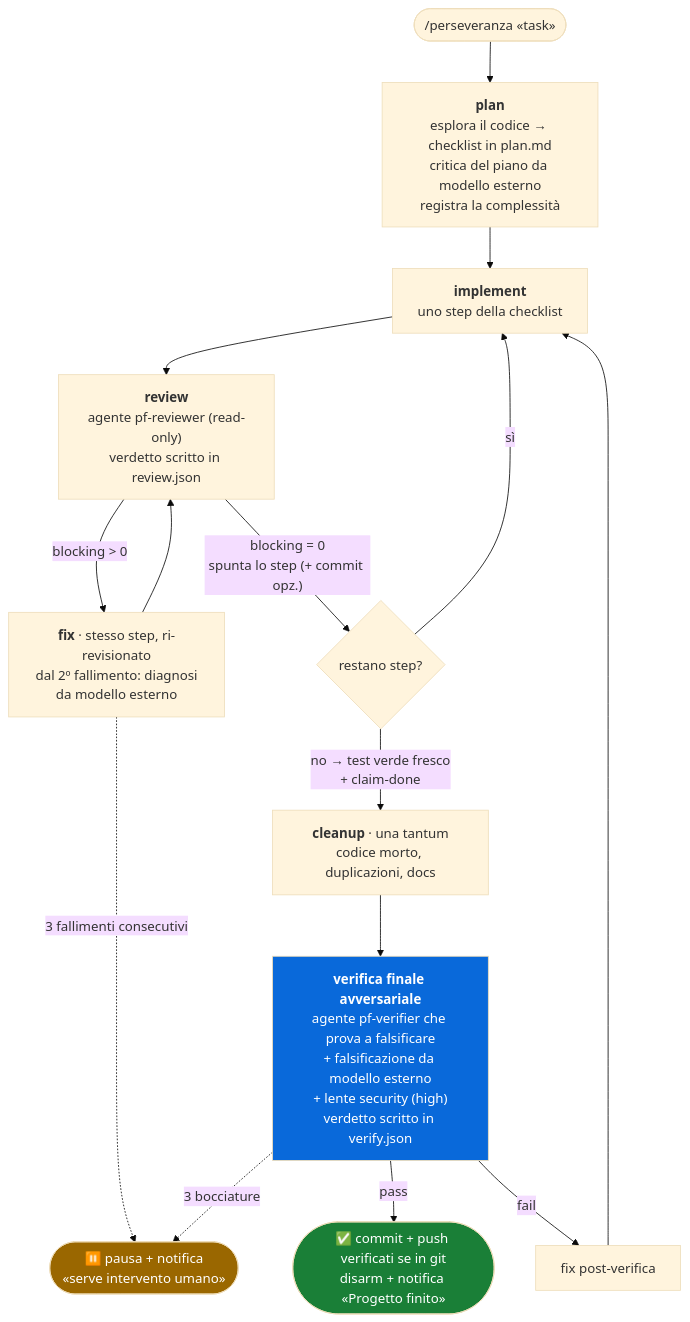
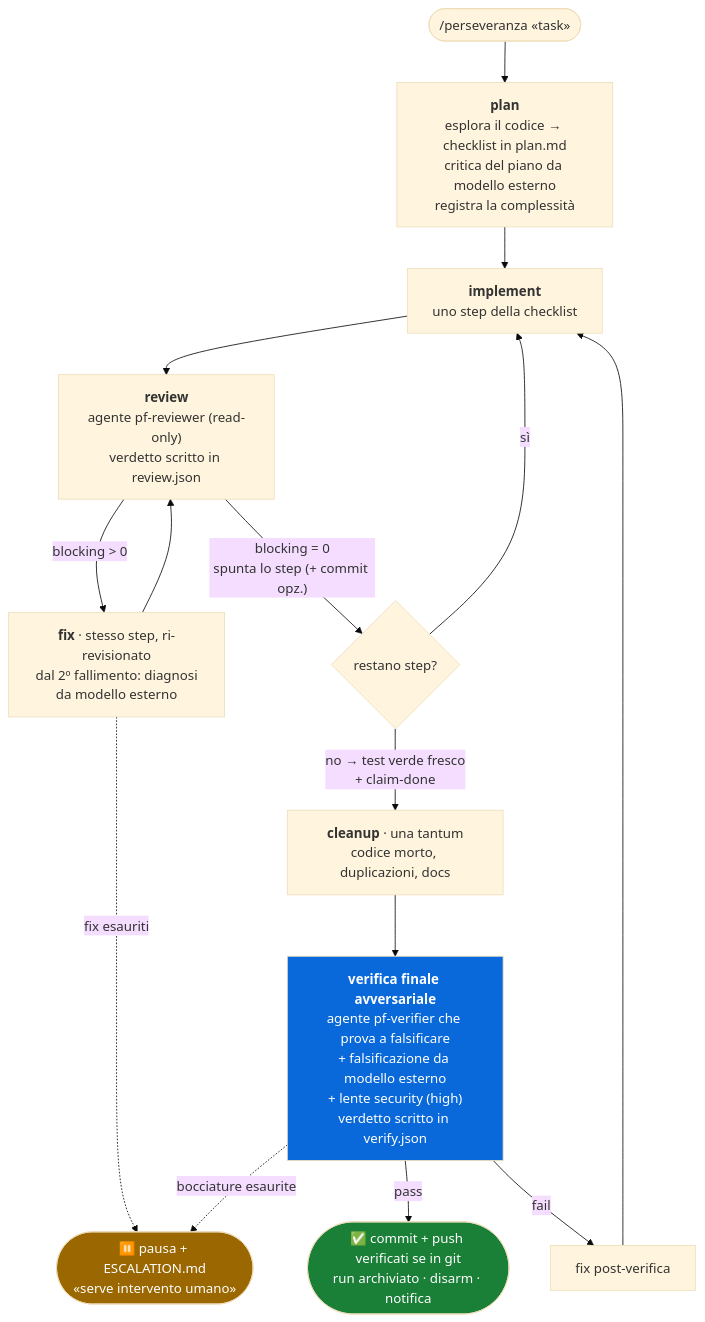
Before and after one commit to ilmondovero/perseveranza: the diagram in README.md, drawn with Mermaid (base theme). The commit also changed other lines of this file and 15 other files, not shown here.

````diff
--- a/README.md
+++ b/README.md
@@ -22,22 +25,22 @@
 ```mermaid
 flowchart TD
     START(["/perseveranza «task»"]) --> PLAN
     PLAN["<b>plan</b><br/>esplora il codice → checklist in plan.md<br/>critica del piano da modello esterno<br/>registra la complessità"] --> IMPL
     IMPL["<b>implement</b><br/>uno step della checklist"] --> REV
     REV["<b>review</b><br/>agente pf-reviewer (read-only)<br/>verdetto scritto in review.json"] -- "blocking > 0" --> FIX
     FIX["<b>fix</b> · stesso step, ri-revisionato<br/>dal 2º fallimento: diagnosi<br/>da modello esterno"] --> REV
     REV -- "blocking = 0<br/>spunta lo step (+ commit opz.)" --> NEXT{"restano step?"}
     NEXT -- "sì" --> IMPL
     NEXT -- "no → test verde fresco<br/>+ claim-done" --> CLEAN
     CLEAN["<b>cleanup</b> · una tantum<br/>codice morto, duplicazioni, docs"] --> VERIFY
     VERIFY["<b>verifica finale avversariale</b><br/>agente pf-verifier che prova a falsificare<br/>+ falsificazione da modello esterno<br/>+ lente security (high)<br/>verdetto scritto in verify.json"] -- "pass" --> DONE
     VERIFY -- "fail" --> POSTFIX["fix post-verifica"] --> IMPL
-    FIX -. "3 fallimenti consecutivi" .-> PAUSE
-    VERIFY -. "3 bocciature" .-> PAUSE
-    DONE(["✅ commit + push verificati se in git<br/>disarm + notifica «Progetto finito»"])
-    PAUSE(["⏸️ pausa + notifica<br/>«serve intervento umano»"])
+    FIX -. "fix esauriti" .-> PAUSE
+    VERIFY -. "bocciature esaurite" .-> PAUSE
+    DONE(["✅ commit + push verificati se in git<br/>run archiviato · disarm · notifica"])
+    PAUSE(["⏸️ pausa + ESCALATION.md<br/>«serve intervento umano»"])
 
     style DONE fill:#1a7f37,color:#fff
     style PAUSE fill:#9a6700,color:#fff
     style VERIFY fill:#0969da,color:#fff
 ```
````
